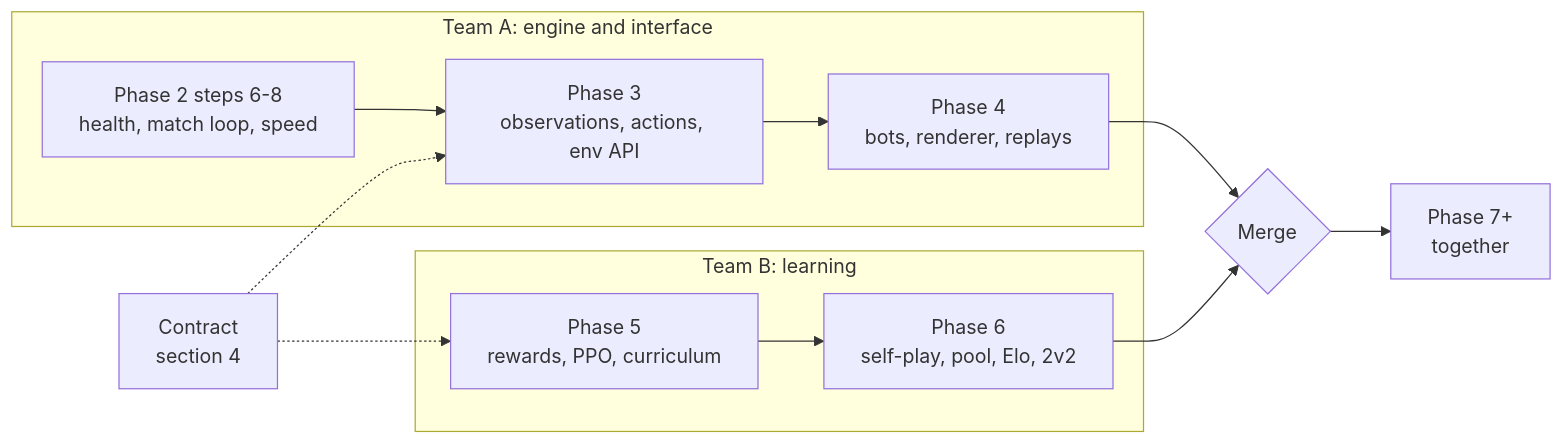
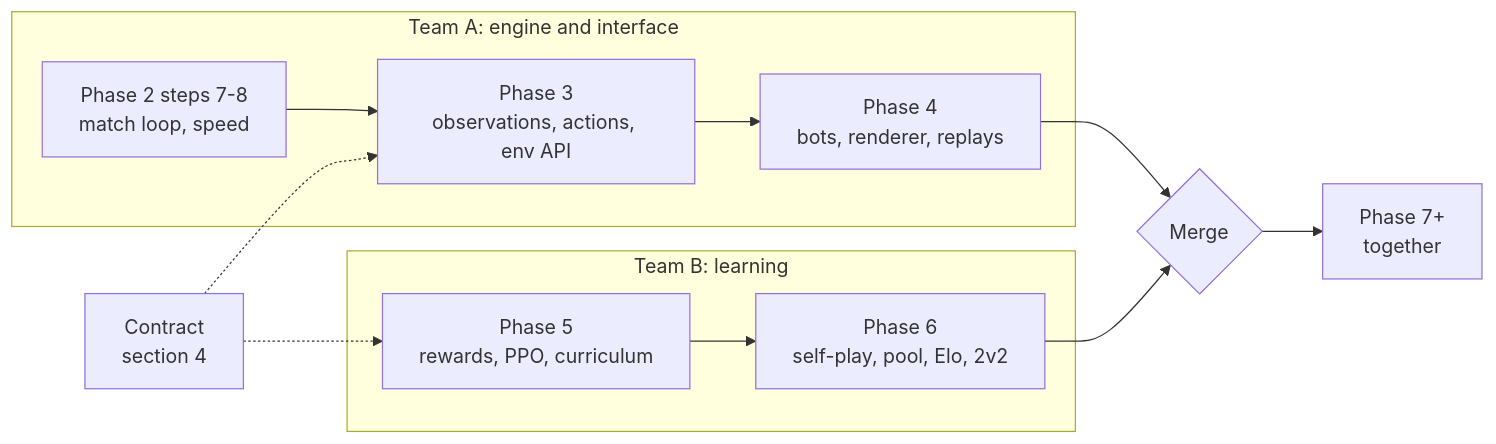
One commit to thekrishmellow/RL-Donut changed the diagram in docs/handoff_phase5_6.md. Above: the diagram before and after it, drawn with Mermaid. The commit also changed other lines of this file and 9 other files, not shown here.

````diff
--- a/docs/handoff_phase5_6.md
+++ b/docs/handoff_phase5_6.md
@@ -26,15 +26,15 @@
 ```mermaid
 flowchart LR
     subgraph A[Team A: engine and interface]
-        A2[Phase 2 steps 6-8<br/>health, match loop, speed] --> A3[Phase 3<br/>observations, actions, env API]
+        A2[Phase 2 steps 7-8<br/>match loop, speed] --> A3[Phase 3<br/>observations, actions, env API]
         A3 --> A4[Phase 4<br/>bots, renderer, replays]
     end
     subgraph B[Team B: learning]
         B5[Phase 5<br/>rewards, PPO, curriculum] --> B6[Phase 6<br/>self-play, pool, Elo, 2v2]
     end
     C[Contract<br/>section 4] -.-> A3
     C -.-> B5
     A4 --> M{Merge}
     B6 --> M
     M --> P7[Phase 7+<br/>together]
 ```
````
